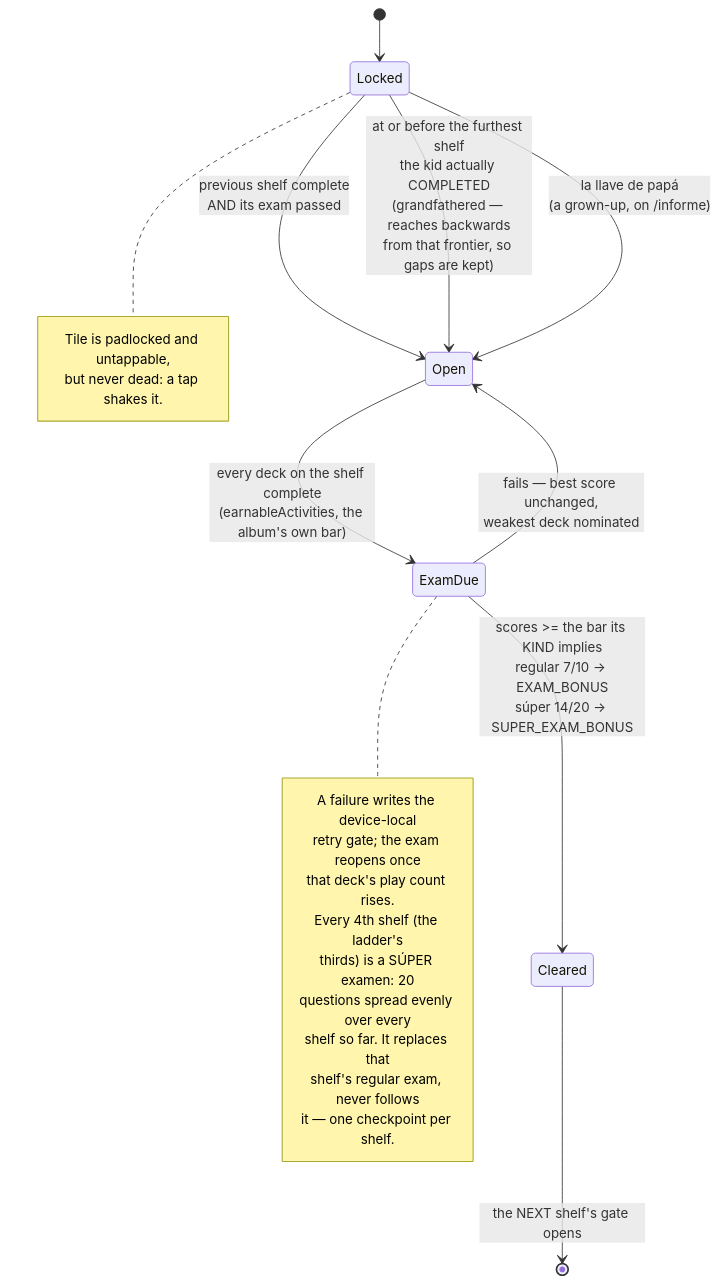
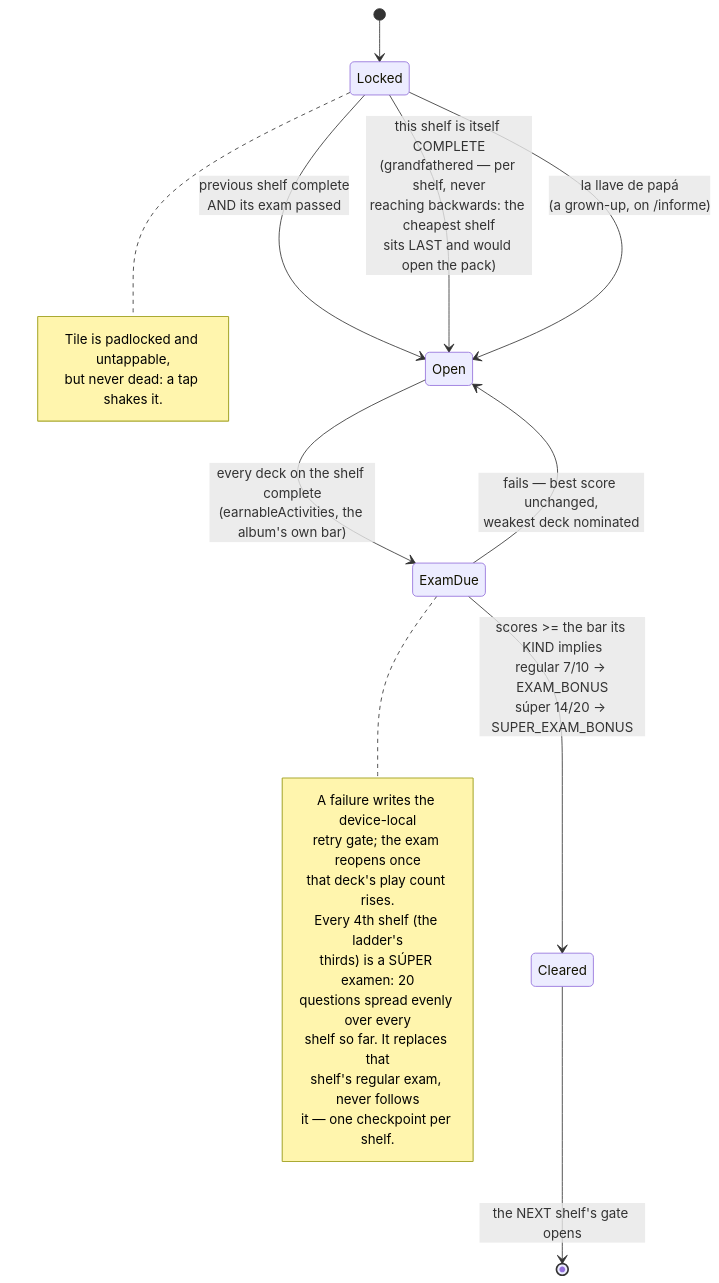
One commit to ManuelOlvera/learn-spanish changed the fourth of 4 diagrams in docs/architecture-diagrams.md. Above: the diagram before and after it, drawn with Mermaid. The commit also changed 5 other files, not shown here.

First line of the commit message:
The cheapest shelf is last, and it opened the whole route

````diff
--- a/docs/architecture-diagrams.md
+++ b/docs/architecture-diagrams.md
@@ -126,31 +126,31 @@
 ```mermaid
 stateDiagram-v2
   [*] --> Locked
 
   Locked --> Open: previous shelf complete<br/>AND its exam passed
-  Locked --> Open: at or before the furthest shelf<br/>the kid actually COMPLETED<br/>(grandfathered — reaches backwards<br/>from that frontier, so gaps are kept)
+  Locked --> Open: this shelf is itself COMPLETE<br/>(grandfathered — per shelf, never<br/>reaching backwards: the cheapest shelf<br/>sits LAST and would open the pack)
   Locked --> Open: la llave de papá<br/>(a grown-up, on /informe)
 
   Open --> ExamDue: every deck on the shelf complete<br/>(earnableActivities, the album's own bar)
   ExamDue --> Open: fails — best score unchanged,<br/>weakest deck nominated
 
   ExamDue --> Cleared: scores >= the bar its KIND implies<br/>regular 7/10 → EXAM_BONUS<br/>súper 14/20 → SUPER_EXAM_BONUS
   Cleared --> [*]: the NEXT shelf's gate opens
 
   note right of Locked
     Tile is padlocked and untappable,
     but never dead: a tap shakes it.
   end note
 
   note right of ExamDue
     A failure writes the device-local
     retry gate; the exam reopens once
     that deck's play count rises.
     Every 4th shelf (the ladder's
     thirds) is a SÚPER examen: 20
     questions spread evenly over every
     shelf so far. It replaces that
     shelf's regular exam, never follows
     it — one checkpoint per shelf.
   end note
 ```
````
